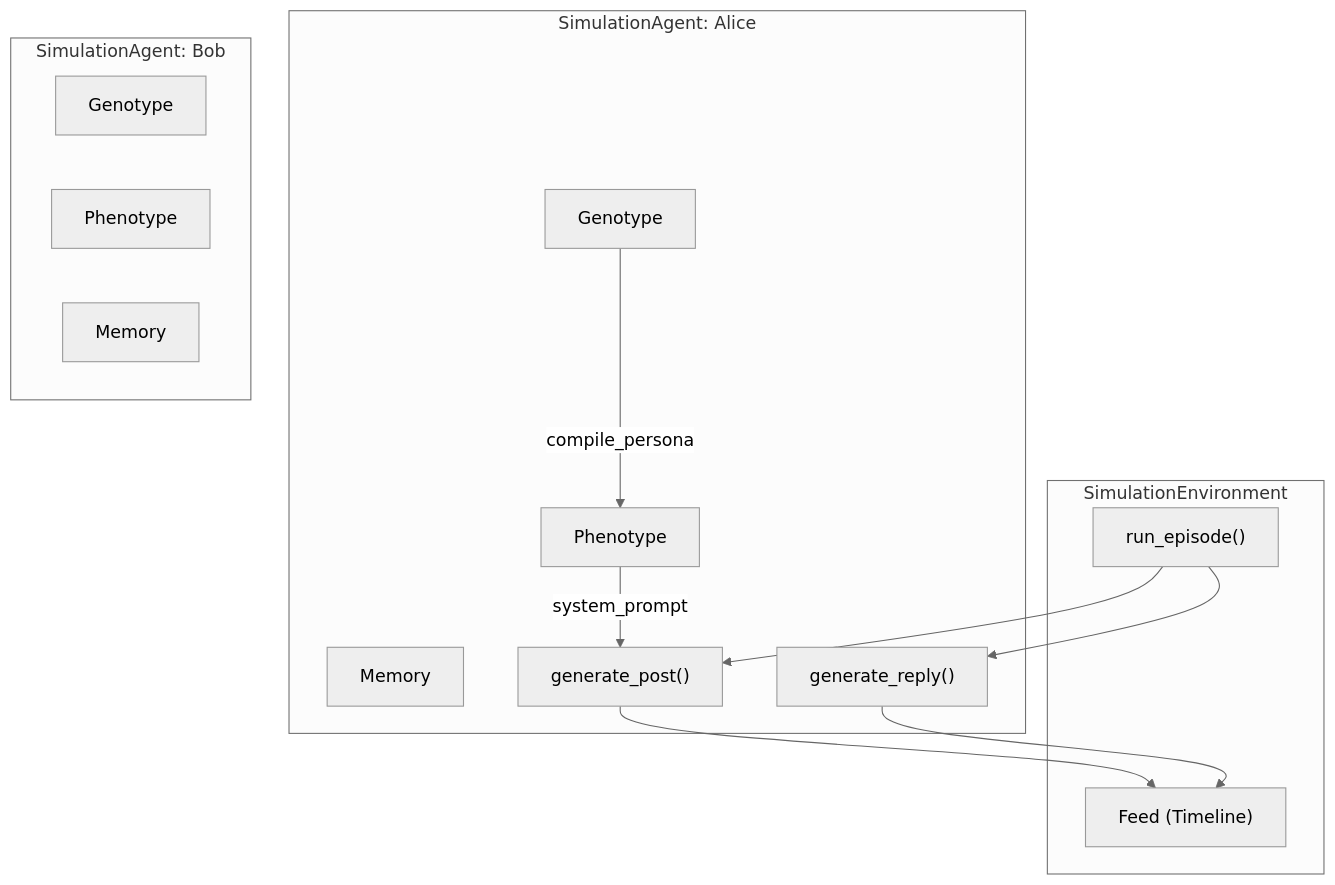
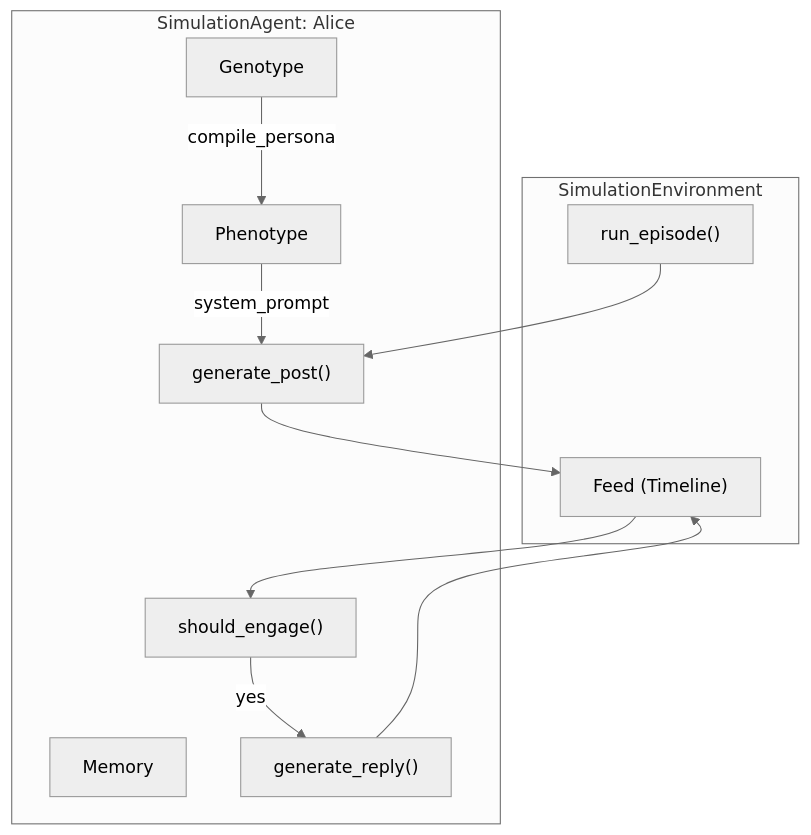
The first of 3 diagrams in simulation/README.md (Keyhole-Koro/snackPersona), drawn with Mermaid (neutral theme) before and after one commit. The commit also changed other lines of this file and 3 other files, not shown here.

````diff
--- a/simulation/README.md
+++ b/simulation/README.md
@@ -13,29 +13,25 @@
 ```mermaid
 graph TB
     subgraph Environment["SimulationEnvironment"]
         Feed["Feed (Timeline)"]
         RunEp["run_episode()"]
     end
 
     subgraph AgentA["SimulationAgent: Alice"]
         GA["Genotype"]
         PA["Phenotype"]
         MA["Memory"]
         PostA["generate_post()"]
+        EngageA["should_engage()"]
         ReplyA["generate_reply()"]
-    end
-
-    subgraph AgentB["SimulationAgent: Bob"]
-        GB["Genotype"]
-        PB["Phenotype"]
-        MB["Memory"]
     end
 
     RunEp --> PostA
     PostA --> Feed
-    RunEp --> ReplyA
+    Feed --> EngageA
+    EngageA -->|yes| ReplyA
     ReplyA --> Feed
 
     GA -->|compile_persona| PA
     PA -->|system_prompt| PostA
 ```
````
